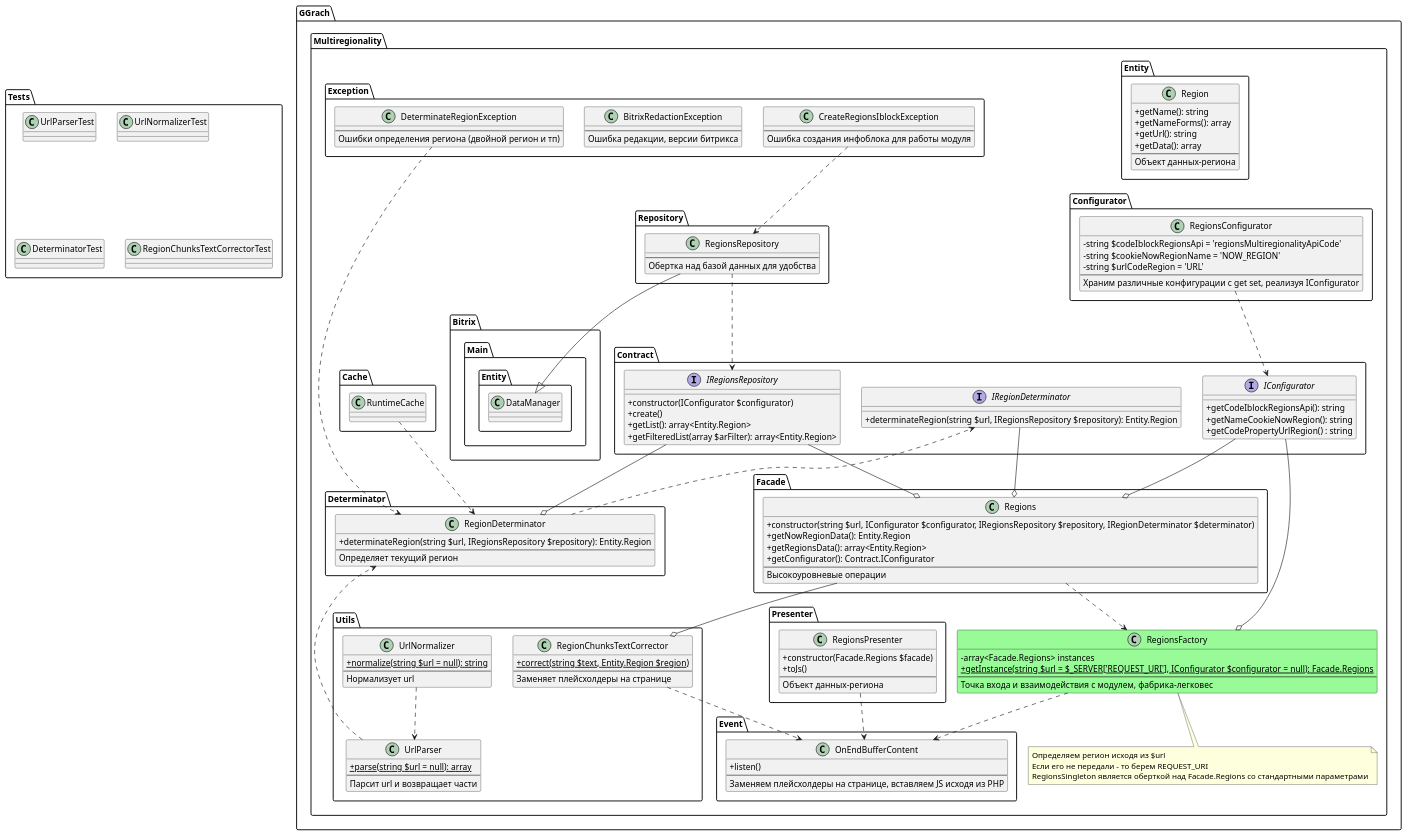
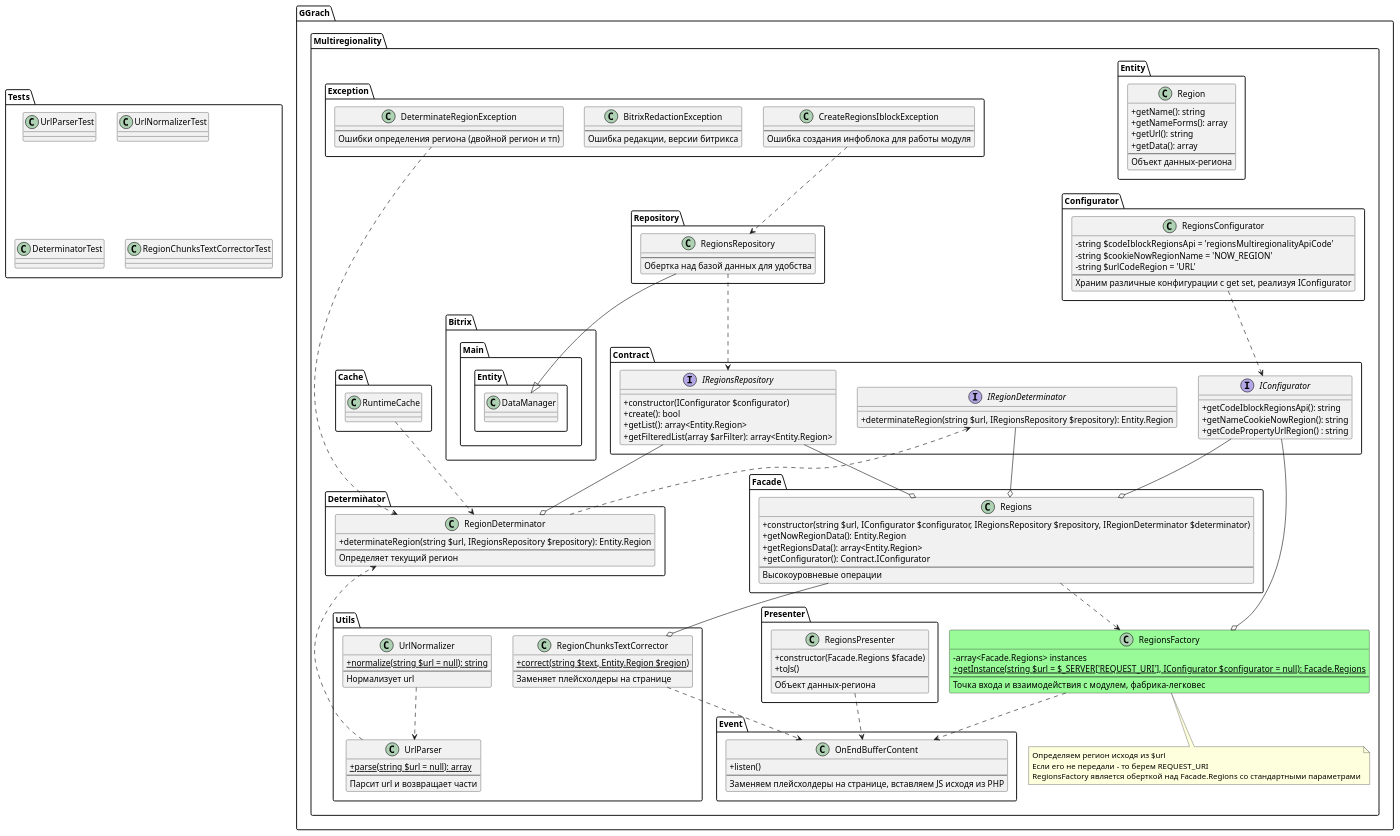
The diagram in ggrachdev.multiregionality/classes/general/Multiregionality/structure.puml (ggrachdev/bitrix_module_multiregionality), drawn with PlantUML before and after one commit. The commit also changed 8 other files, not shown here.

```diff
--- a/ggrachdev.multiregionality/classes/general/Multiregionality/structure.puml
+++ b/ggrachdev.multiregionality/classes/general/Multiregionality/structure.puml
@@ -1,189 +1,189 @@
 @startuml
 
 skinparam classAttributeIconSize 0
 
 package Tests {
     class UrlParserTest {
     }
 
     class UrlNormalizerTest {
     }
 
     class DeterminatorTest {
     }
 
     class RegionChunksTextCorrectorTest {
     }
 }
 
 package GGrach.Multiregionality {
 
     class RegionsFactory #palegreen ##black {
         - array<Facade.Regions> instances
         + {static} getInstance(string $url = $_SERVER['REQUEST_URI'], IConfigurator $configurator = null): Facade.Regions
         ---
         Точка входа и взаимодействия с модулем, фабрика-легковес
     }
 
     note bottom of RegionsFactory
         Определяем регион исходя из $url
         Если его не передали - то берем REQUEST_URI
-        RegionsSingleton является оберткой над Facade.Regions со стандартными параметрами
+        RegionsFactory является оберткой над Facade.Regions со стандартными параметрами
     end note
 
     namespace Entity {
         class Region {
             + getName(): string
             + getNameForms(): array
             + getUrl(): string
             + getData(): array
             ---
             Объект данных-региона
         }
     }
 
     namespace Presenter {
         class RegionsPresenter {
             + constructor(Facade.Regions $facade)
             + toJs()
             ---
             Объект данных-региона
         }
     }
 
     namespace Exception {
         class CreateRegionsIblockException {
             ---
             Ошибка создания инфоблока для работы модуля
         }
 
         class BitrixRedactionException {
             ---
             Ошибка редакции, версии битрикса
         }
 
         class DeterminateRegionException {
             ---
             Ошибки определения региона (двойной регион и тп)
         }
     }
 
     namespace Cache {
         class RuntimeCache {
         }
     }
 
     namespace Contract {
         interface IRegionDeterminator {
             + determinateRegion(string $url, IRegionsRepository $repository): Entity.Region
         }
         interface IRegionsRepository {
             +constructor(IConfigurator $configurator)
-            +create()
+            +create(): bool
             +getList(): array<Entity.Region>
             +getFilteredList(array $arFilter): array<Entity.Region>
         }
         interface IConfigurator {
             + getCodeIblockRegionsApi(): string
             + getNameCookieNowRegion(): string
             + getCodePropertyUrlRegion() : string
         }
     }
 
     namespace Configurator {
         class RegionsConfigurator {
             - string $codeIblockRegionsApi = 'regionsMultiregionalityApiCode'
             - string $cookieNowRegionName = 'NOW_REGION'
             - string $urlCodeRegion = 'URL'
             ---
             Храним различные конфигурации с get set, реализуя IConfigurator
         }
     }
 
     namespace Event {
         class OnEndBufferContent {
             +listen()
             ---
             Заменяем плейсхолдеры на странице, вставляем JS исходя из PHP
         }
     }
 
     namespace Repository {
         class RegionsRepository {
             ---
             Обертка над базой данных для удобства
         }
     }
 
     namespace Utils {
         class UrlParser {
             + {static} parse(string $url = null): array
             ---
             Парсит url и возвращает части
         }
 
         class UrlNormalizer {
             + {static} normalize(string $url = null): string
             ---
             Нормализует url
         }
 
         class RegionChunksTextCorrector {
             + {static} correct(string $text, Entity.Region $region)
             ---
             Заменяет плейсхолдеры на странице
         }
     }
 
     namespace Determinator {
         class RegionDeterminator {
             + determinateRegion(string $url, IRegionsRepository $repository): Entity.Region
             ---
             Определяет текущий регион
         }
     }
 
     namespace Facade {
         class Regions {
             + constructor(string $url, IConfigurator $configurator, IRegionsRepository $repository, IRegionDeterminator $determinator)
             + getNowRegionData(): Entity.Region
             + getRegionsData(): array<Entity.Region>
             + getConfigurator(): Contract.IConfigurator
             ---
             Высокоуровневые операции
         }
     }
 
     Exception.DeterminateRegionException ..>  Determinator.RegionDeterminator
     Exception.CreateRegionsIblockException ..>  Repository.RegionsRepository
 
     Utils.UrlNormalizer ..>  Utils.UrlParser
     Utils.UrlParser ..>  Determinator.RegionDeterminator
     Utils.RegionChunksTextCorrector ..>  Event.OnEndBufferContent
 
     Presenter.RegionsPresenter ..>  Event.OnEndBufferContent
 
     Configurator.RegionsConfigurator ..>  Contract.IConfigurator
 
     Determinator.RegionDeterminator ..>  Contract.IRegionDeterminator
     
     Cache.RuntimeCache ..>  Determinator.RegionDeterminator
 
     Facade.Regions --o Utils.RegionChunksTextCorrector
     Facade.Regions ..> RegionsFactory
 
     Contract.IConfigurator --o Facade.Regions
     Contract.IConfigurator --o  RegionsFactory
 
     Contract.IRegionsRepository --o Determinator.RegionDeterminator 
     Contract.IRegionsRepository --o  Facade.Regions
 
     Contract.IRegionDeterminator --o  Facade.Regions
 
     Repository.RegionsRepository --|> Bitrix.Main.Entity.DataManager
     Repository.RegionsRepository ..>  Contract.IRegionsRepository
 
     RegionsFactory ..>  Event.OnEndBufferContent
 }
 
 @enduml
```
